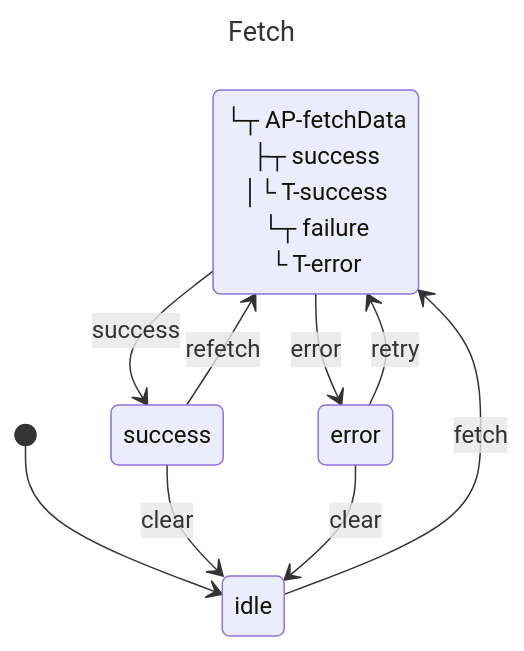
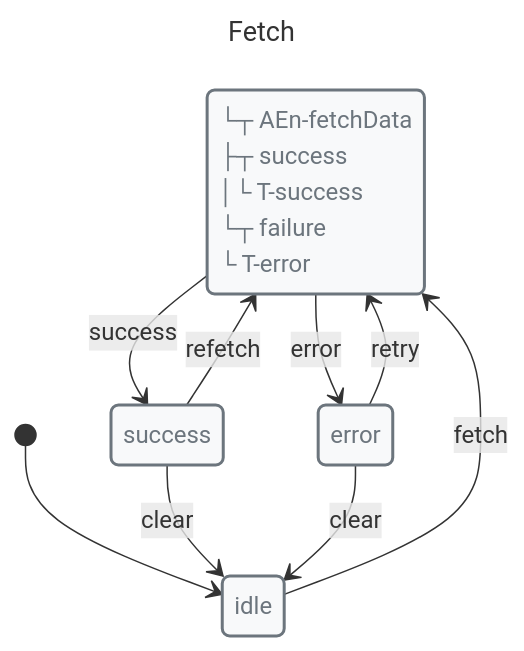
The diagram in media/api-fetch.mmd (Masquerade-Circus/x-robot), drawn with Mermaid before and after one commit. The commit also changed 145 other files, not shown here.

Commit message:
refactor: regenerate docs and mermaid implementation

```diff
--- a/media/api-fetch.mmd
+++ b/media/api-fetch.mmd
@@ -1,28 +1,32 @@
 ---
 title: Fetch
 ---
 
 stateDiagram-v2
 
 classDef danger fill:#f8d7da,stroke:#721c24,stroke-width:2px,text-align:left,color:#721c24
 classDef warning fill:#fff3cd,stroke:#856404,stroke-width:2px,text-align:left,color:#856404
 classDef success fill:#d4edda,stroke:#155724,stroke-width:2px,text-align:left,color:#155724
 classDef primary fill:#cce5ff,stroke:#004085,stroke-width:2px,text-align:left,color:#004085
 classDef info fill:#d1ecf1,stroke:#0c5460,stroke-width:2px,text-align:left,color:#0c5460
 classDef def fill:#f8f9fa,stroke:#6c757d,stroke-width:2px,text-align:left,color:#6c757d
 
 state idle
 state loading
 state success
 state error
+class idle def
+class loading def
+class success def
+class error def
 
-loading: └┬ AP-fetchData<br> ├┬ success<br> │└ T-success<br> └┬ failure<br>  └ T-error
+loading: └┬ AEn-fetchData<br> ├┬ success<br> │└ T-success<br> └┬ failure<br>  └ T-error
 
 [*] --> idle
 idle --> loading: fetch
 loading --> success: success
 loading --> error: error
 success --> loading: refetch
 success --> idle: clear
 error --> loading: retry
 error --> idle: clear
```
